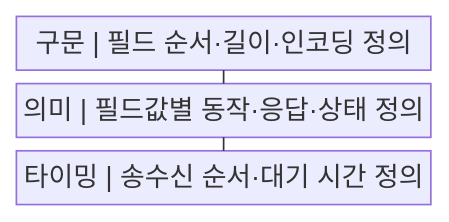
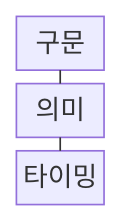
Before and after one commit to agnusdei1207/knowledge-base: the first of 2 diagrams in src/content/docs/notes/04-network/003_protocol_3_elements.md, drawn with Mermaid. The commit also changed other lines of this file and 122 other files, not shown here.

````diff
--- a/src/content/docs/notes/04-network/003_protocol_3_elements.md
+++ b/src/content/docs/notes/04-network/003_protocol_3_elements.md
@@ -54,9 +54,9 @@
 ```mermaid
-block
+block-beta
     columns 1
-    A["구문 | 필드 순서·길이·인코딩 정의"]
-    B["의미 | 필드값별 동작·응답·상태 정의"]
-    C["타이밍 | 송수신 순서·대기 시간 정의"]
+    A["구문"]
+    B["의미"]
+    C["타이밍"]
     A --- B
     B --- C
 ```
````
